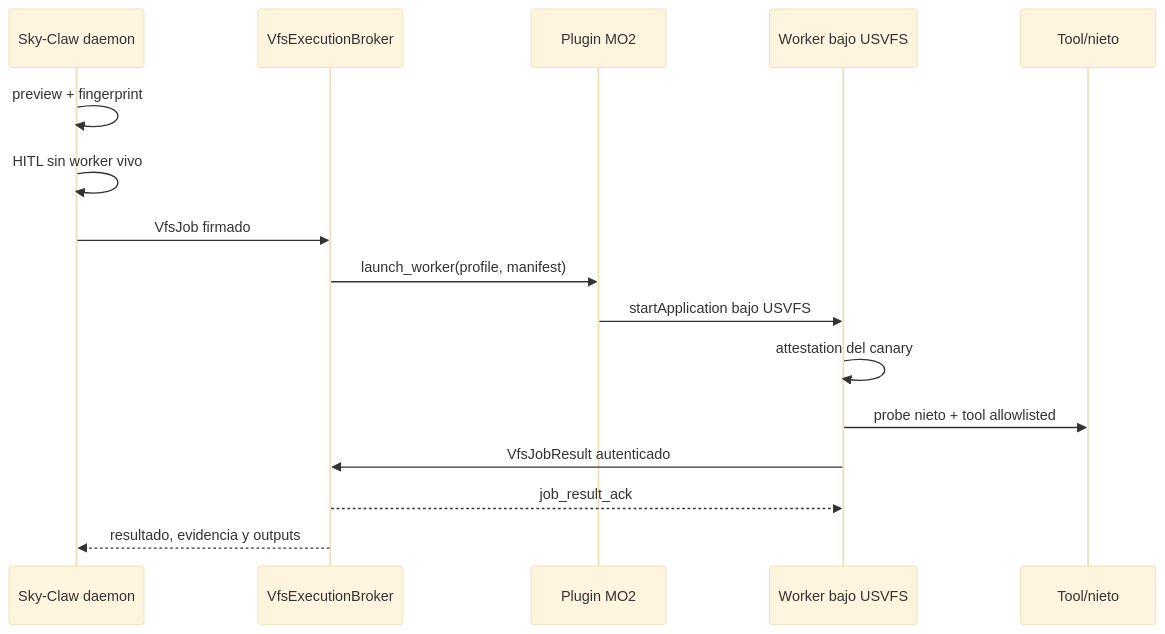
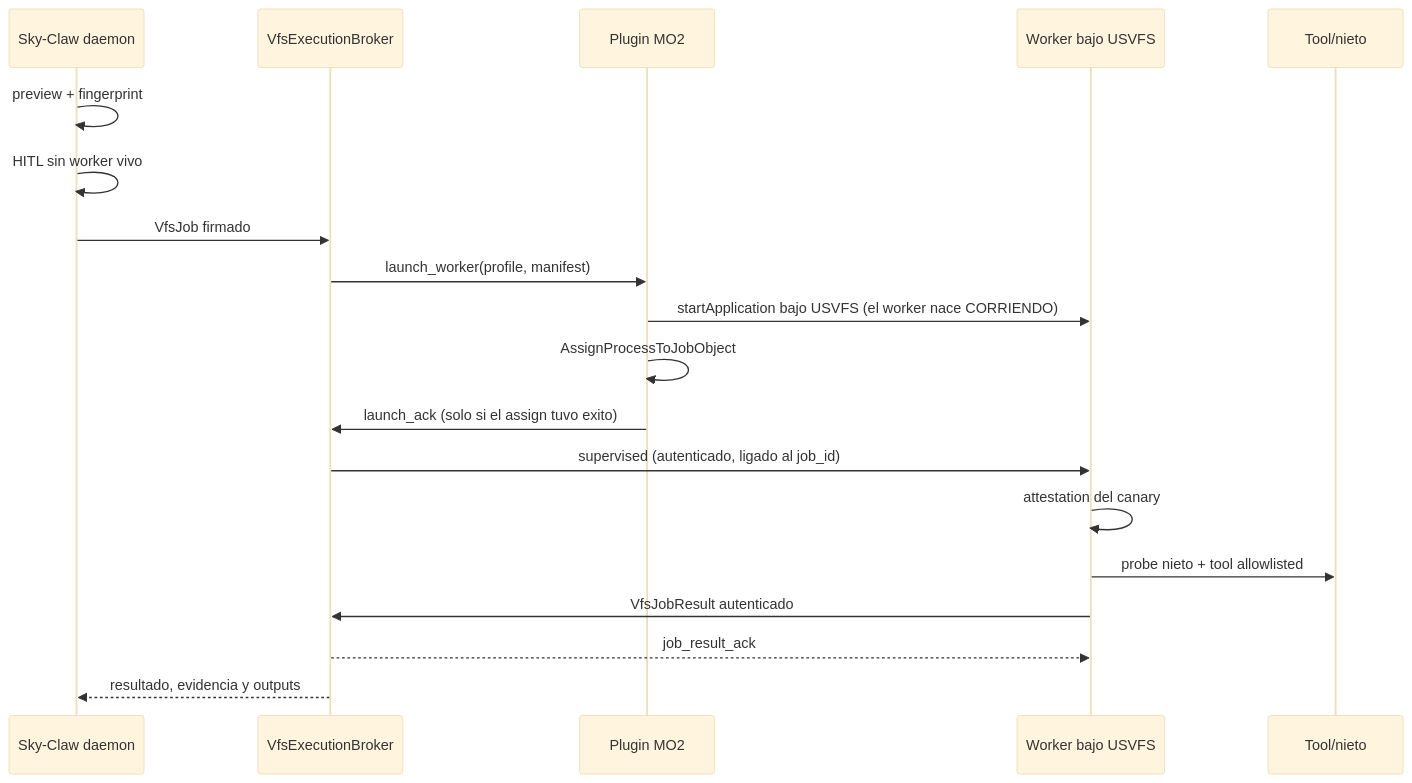
The diagram in docs/adr/0007-mo2-broker-usvfs.md (FacundoSu1986/Sky-Claw), drawn with Mermaid (base theme) before and after one commit. The commit also changed other lines of this file and 5 other files, not shown here.

````diff
--- a/docs/adr/0007-mo2-broker-usvfs.md
+++ b/docs/adr/0007-mo2-broker-usvfs.md
@@ -29,19 +29,22 @@
 ```mermaid
 sequenceDiagram
     participant D as Sky-Claw daemon
     participant B as VfsExecutionBroker
     participant P as Plugin MO2
     participant W as Worker bajo USVFS
     participant T as Tool/nieto
 
     D->>D: preview + fingerprint
     D->>D: HITL sin worker vivo
     D->>B: VfsJob firmado
     B->>P: launch_worker(profile, manifest)
-    P->>W: startApplication bajo USVFS
+    P->>W: startApplication bajo USVFS (el worker nace CORRIENDO)
+    P->>P: AssignProcessToJobObject
+    P->>B: launch_ack (solo si el assign tuvo exito)
+    B->>W: supervised (autenticado, ligado al job_id)
     W->>W: attestation del canary
     W->>T: probe nieto + tool allowlisted
     W->>B: VfsJobResult autenticado
     B-->>W: job_result_ack
     B-->>D: resultado, evidencia y outputs
 ```
````
